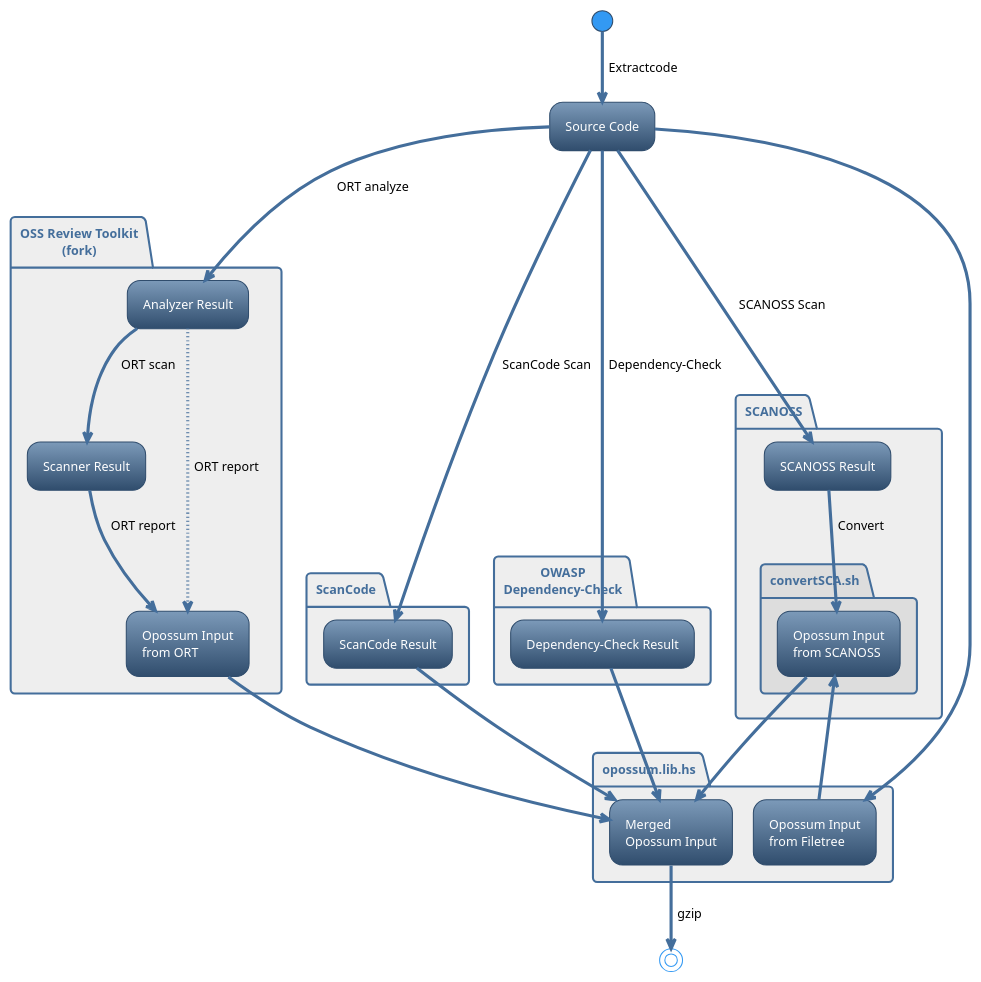
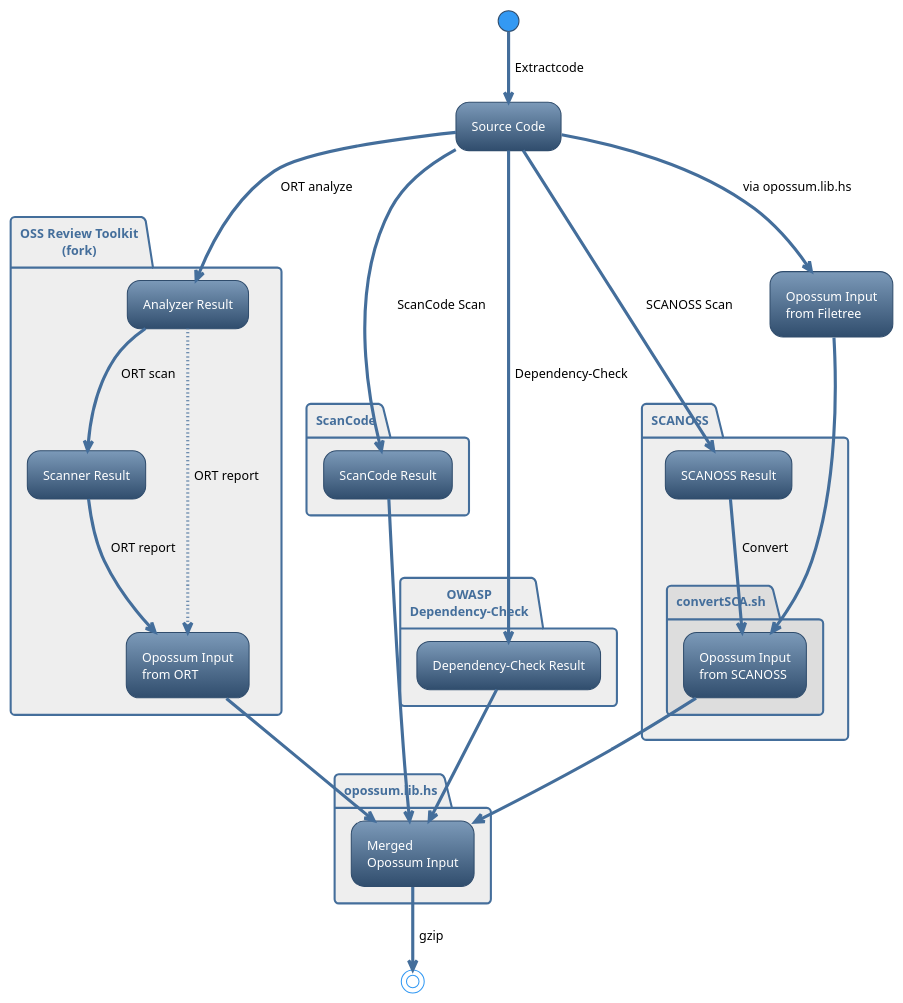
One commit to opossum-tool/aioc changed the diagram in README.puml. Above: the diagram before and after it, drawn with PlantUML. The commit also changed 1 other file, not shown here.

```diff
--- a/README.puml
+++ b/README.puml
@@ -5,47 +5,44 @@
 @startuml
 
 !theme spacelab
 skinparam ArrowFontColor #000000
 
 (*) -->[Extractcode] "Source Code"
+"Source Code" -->[via opossum.lib.hs] "Opossum Input\nfrom Filetree"
+
 
 partition "OSS Review Toolkit\n(fork)" #eeeeee {
     "Source Code" -->[ORT analyze] "Analyzer Result"
     "Analyzer Result" -->[ORT scan] "Scanner Result"
     "Analyzer Result" ...>[ORT report] "Opossum Input\nfrom ORT"
     "Scanner Result" -->[ORT report] "Opossum Input\nfrom ORT"
 }
 
 partition ScanCode #eeeeee {
-    "Source Code" --->[ScanCode Scan] "ScanCode Result"
+    "Source Code" -->[ScanCode Scan] "ScanCode Result"
 }
 
 partition "OWASP\nDependency-Check" #eeeeee {
     "Source Code" --->[Dependency-Check] "Dependency-Check Result"
 }
 
 partition SCANOSS #eeeeee {
     "Source Code" --->[SCANOSS Scan] "SCANOSS Result"
     partition convertSCA.sh #dddddd {
+        "Opossum Input\nfrom Filetree" --> "Opossum Input\nfrom SCANOSS"
         "SCANOSS Result" -->[Convert] "Opossum Input\nfrom SCANOSS"
     }
 }
 
 partition opossum.lib.hs #eeeeee {
-    "Source Code" ---> "Opossum Input\nfrom Filetree"
-
     ' "ScanCode Result" ..> "Opossum Input\nfrom ScanCode"
     ' "Opossum Input\nfrom ScanCode" ..> "Merged\nOpossum Input"
     "Opossum Input\nfrom ORT" --> "Merged\nOpossum Input"
-    "ScanCode Result" --> "Merged\nOpossum Input"
+    "ScanCode Result" ---> "Merged\nOpossum Input"
     "Opossum Input\nfrom SCANOSS" --> "Merged\nOpossum Input"
     "Dependency-Check Result" --> "Merged\nOpossum Input"
-}
-
-partition SCANOSS #eeeeee {
-    "Opossum Input\nfrom Filetree" --> "Opossum Input\nfrom SCANOSS"
 }
 
 "Merged\nOpossum Input" -->[gzip] (*)
 
 @enduml
```
